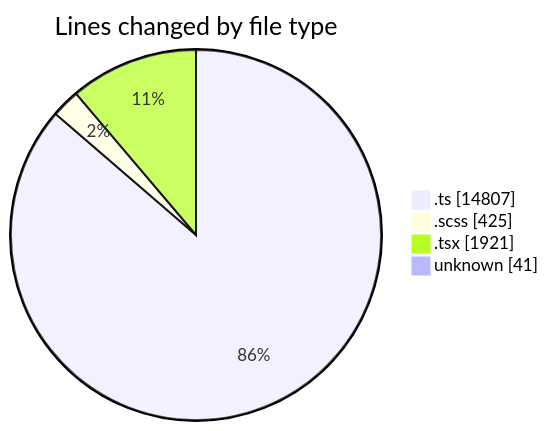
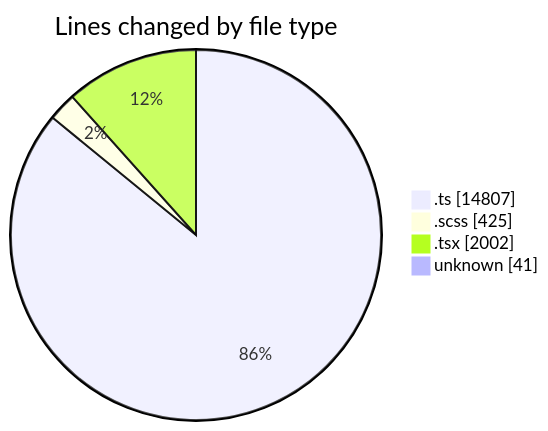
Before and after one commit to momahboobian/code-tracking: the first of 2 diagrams in 2025-08-27/cda/README.md, drawn with Mermaid. The commit also changed other lines of this file and 1 other file, not shown here.

````diff
--- a/2025-08-27/cda/README.md
+++ b/2025-08-27/cda/README.md
@@ -33,8 +33,8 @@
 ```mermaid
 pie showData
 title Lines changed by file type
 ".ts" : 14807
 ".scss" : 425
-".tsx" : 1921
+".tsx" : 2002
 "unknown" : 41
 ```
````
